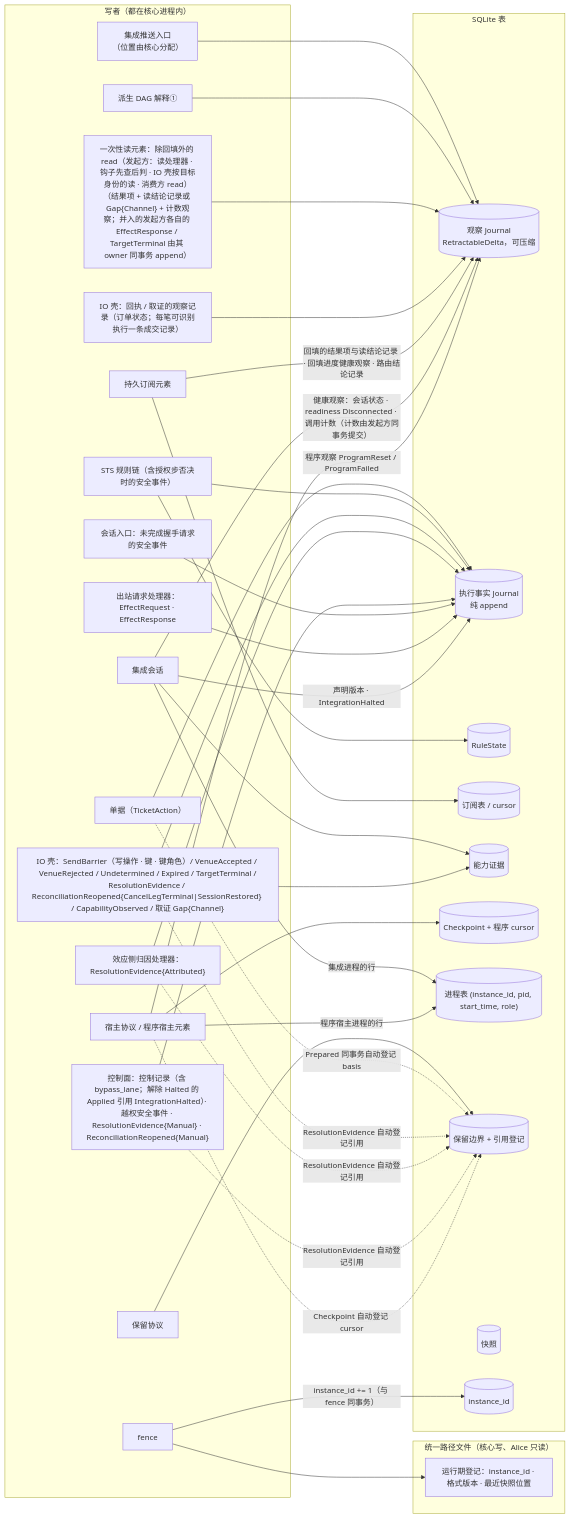
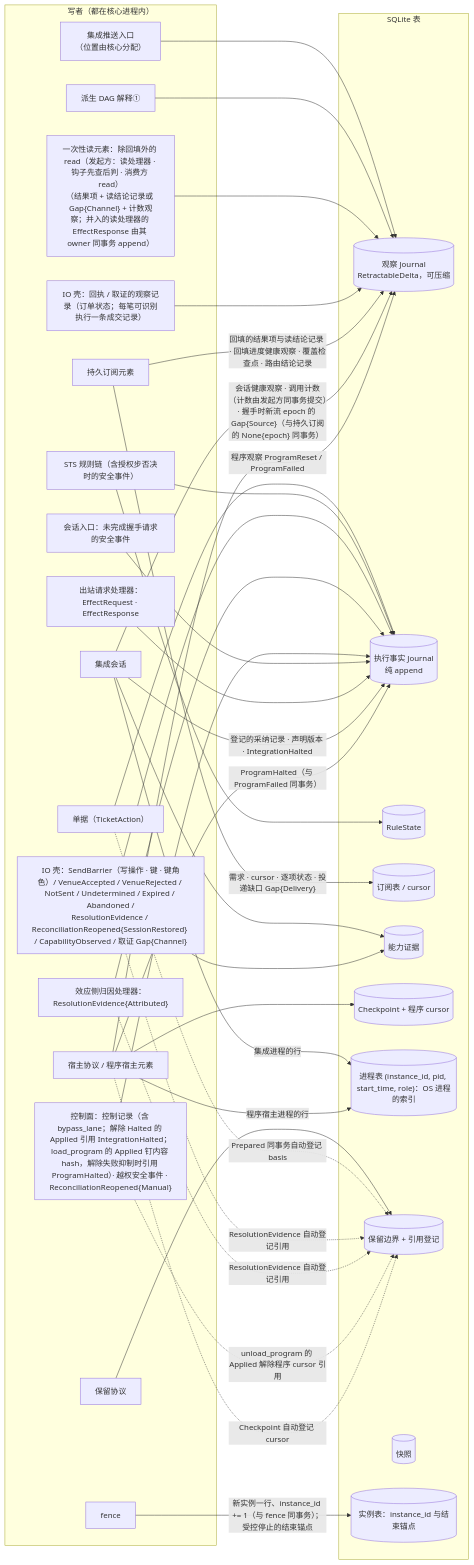
Before and after one commit to mouriya-s-lab/uta: the fourth of 6 diagrams in design/diagrams/01-process-topology.md, drawn with Mermaid. The commit also changed other lines of this file and 9 other files, not shown here.

Commit message:
design: lifecycle redraw — session as core-created channel incarnation, credential delivery and rotation, roster adoption, controlled stop, halt vs process cleanup, active program set fold, two readings of the declaration

````diff
--- a/design/diagrams/01-process-topology.md
+++ b/design/diagrams/01-process-topology.md
@@ -163,66 +169,63 @@
 ```mermaid
 flowchart LR
   subgraph W["写者（都在核心进程内）"]
     PUSH["集成推送入口<br/>（位置由核心分配）"]
     DAG["派生 DAG 解释①"]
-    RD["一次性读元素：除回填外的 read（发起方：读处理器 · 钩子先查后判 · IO 壳按目标身份的读 · 消费方 read）<br/>（结果项 + 读结论记录或 Gap{Channel} + 计数观察；并入的发起方各自的 EffectResponse / TargetTerminal 由其 owner 同事务 append）"]
+    RD["一次性读元素：除回填外的 read（发起方：读处理器 · 钩子先查后判 · 消费方 read）<br/>（结果项 + 读结论记录或 Gap{Channel} + 计数观察；并入的读处理器的 EffectResponse 由其 owner 同事务 append）"]
     IOR["IO 壳：回执 / 取证的观察记录（订单状态；每笔可识别执行一条成交记录）"]
     TK["单据（TicketAction）"]
     STS["STS 规则链（含授权步否决时的安全事件）"]
-    IOE["IO 壳：SendBarrier（写操作 · 键 · 键角色）/ VenueAccepted / VenueRejected / Undetermined / Expired / TargetTerminal /<br/>ResolutionEvidence / ReconciliationReopened{CancelLegTerminal|SessionRestored} / CapabilityObserved / 取证 Gap{Channel}"]
+    IOE["IO 壳：SendBarrier（写操作 · 键 · 键角色）/ VenueAccepted / VenueRejected / NotSent / Undetermined / Expired / Abandoned /<br/>ResolutionEvidence / ReconciliationReopened{SessionRestored} / CapabilityObserved / 取证 Gap{Channel}"]
     ATTR["效应侧归因处理器：ResolutionEvidence{Attributed}"]
-    CTL["控制面：控制记录（含 bypass_lane；解除 Halted 的 Applied 引用 IntegrationHalted）· 越权安全事件 · ResolutionEvidence{Manual} · ReconciliationReopened{Manual}"]
+    CTL["控制面：控制记录（含 bypass_lane；解除 Halted 的 Applied 引用 IntegrationHalted；load_program 的 Applied 钉内容 hash，解除失败抑制时引用 ProgramHalted）· 越权安全事件 · ReconciliationReopened{Manual}"]
     SESS["会话入口：未完成握手请求的安全事件"]
     OUT["出站请求处理器：EffectRequest · EffectResponse"]
     SUBEL["持久订阅元素"]
     ISESS["集成会话"]
     HOSTP["宿主协议 / 程序宿主元素"]
     FENCE["fence"]
     RET["保留协议"]
   end
   subgraph T["SQLite 表"]
     OJ[("观察 Journal<br/>RetractableDelta，可压缩")]
     EJ[("执行事实 Journal<br/>纯 append")]
     RS[("RuleState")]
     SUB[("订阅表 / cursor")]
     CAP[("能力证据")]
     CK[("Checkpoint + 程序 cursor")]
-    PT[("进程表 (instance_id, pid, start_time, role)")]
+    PT[("进程表 (instance_id, pid, start_time, role)：OS 进程的索引")]
     RB[("保留边界 + 引用登记")]
     SN[("快照")]
-    IID[("instance_id")]
-  end
-  subgraph F["统一路径文件（核心写、Alice 只读）"]
-    RUN["运行期登记：instance_id · 格式版本 · 最近快照位置"]
+    IID[("实例表：instance_id 与结束锚点")]
   end
   PUSH --> OJ
   DAG --> OJ
   RD --> OJ
   IOR --> OJ
   TK --> EJ
   STS --> EJ
   STS --> RS
   IOE --> EJ
   ATTR --> EJ
   CTL --> EJ
   SESS --> EJ
   OUT --> EJ
-  SUBEL --> SUB
-  SUBEL -->|"回填的结果项与读结论记录 · 回填进度健康观察 · 路由结论记录"| OJ
+  SUBEL -->|"需求 · cursor · 逐项状态 · 投递缺口 Gap{Delivery}"| SUB
+  SUBEL -->|"回填的结果项与读结论记录 · 回填进度健康观察 · 覆盖检查点 · 路由结论记录"| OJ
   ISESS --> CAP
-  ISESS -->|"声明版本 · IntegrationHalted"| EJ
+  ISESS -->|"登记的采纳记录 · 声明版本 · IntegrationHalted"| EJ
   ISESS -->|"集成进程的行"| PT
-  ISESS -->|"健康观察：会话状态 · readiness Disconnected · 调用计数（计数由发起方同事务提交）"| OJ
+  ISESS -->|"会话健康观察 · 调用计数（计数由发起方同事务提交）· 握手时新流 epoch 的 Gap{Source}（与持久订阅的 None{epoch} 同事务）"| OJ
   HOSTP -->|"程序宿主进程的行"| PT
   IOE --> CAP
   HOSTP --> CK
   HOSTP -->|"程序观察 ProgramReset / ProgramFailed"| OJ
-  FENCE -->|"instance_id += 1（与 fence 同事务）"| IID
-  FENCE --> RUN
+  HOSTP -->|"ProgramHalted（与 ProgramFailed 同事务）"| EJ
+  FENCE -->|"新实例一行、instance_id += 1（与 fence 同事务）；受控停止的结束锚点"| IID
   RET --> RB
   TK -.->|"Prepared 同事务自动登记 basis"| RB
   IOE -.->|"ResolutionEvidence 自动登记引用"| RB
   ATTR -.->|"ResolutionEvidence 自动登记引用"| RB
-  CTL -.->|"ResolutionEvidence 自动登记引用"| RB
+  CTL -.->|"unload_program 的 Applied 解除程序 cursor 引用"| RB
   HOSTP -.->|"Checkpoint 自动登记 cursor"| RB
 ```
````
